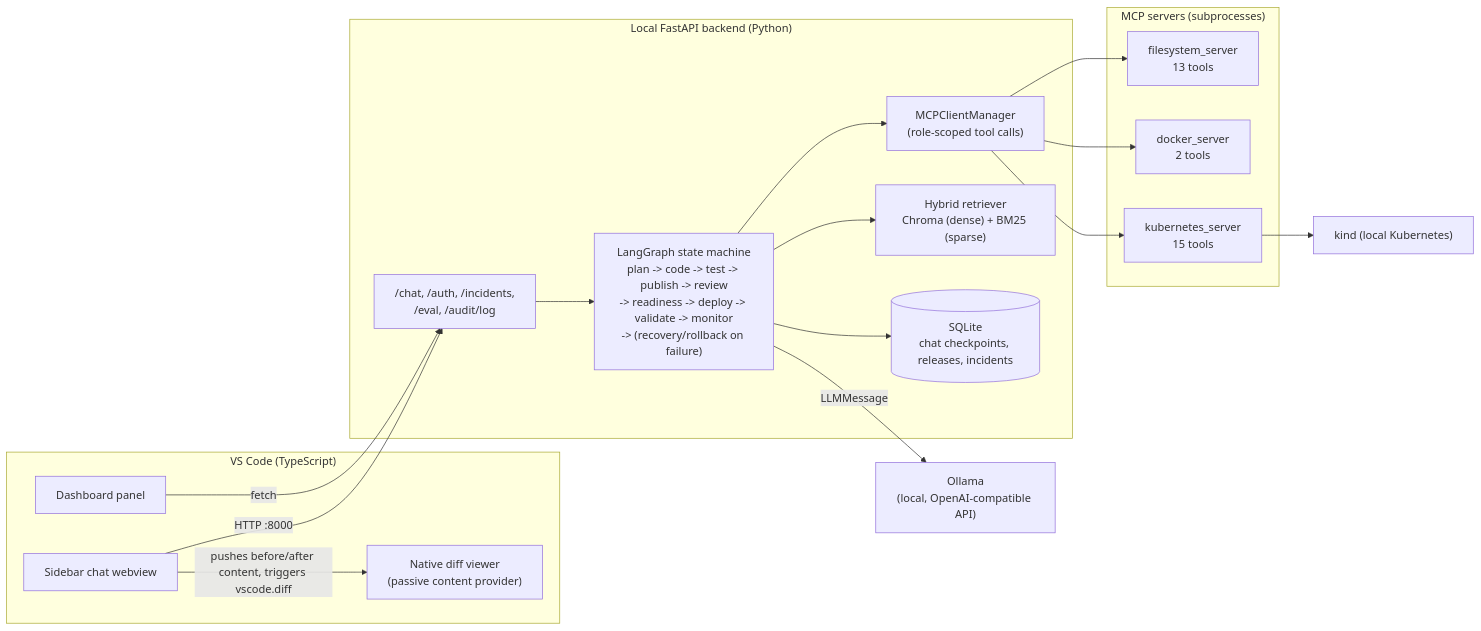
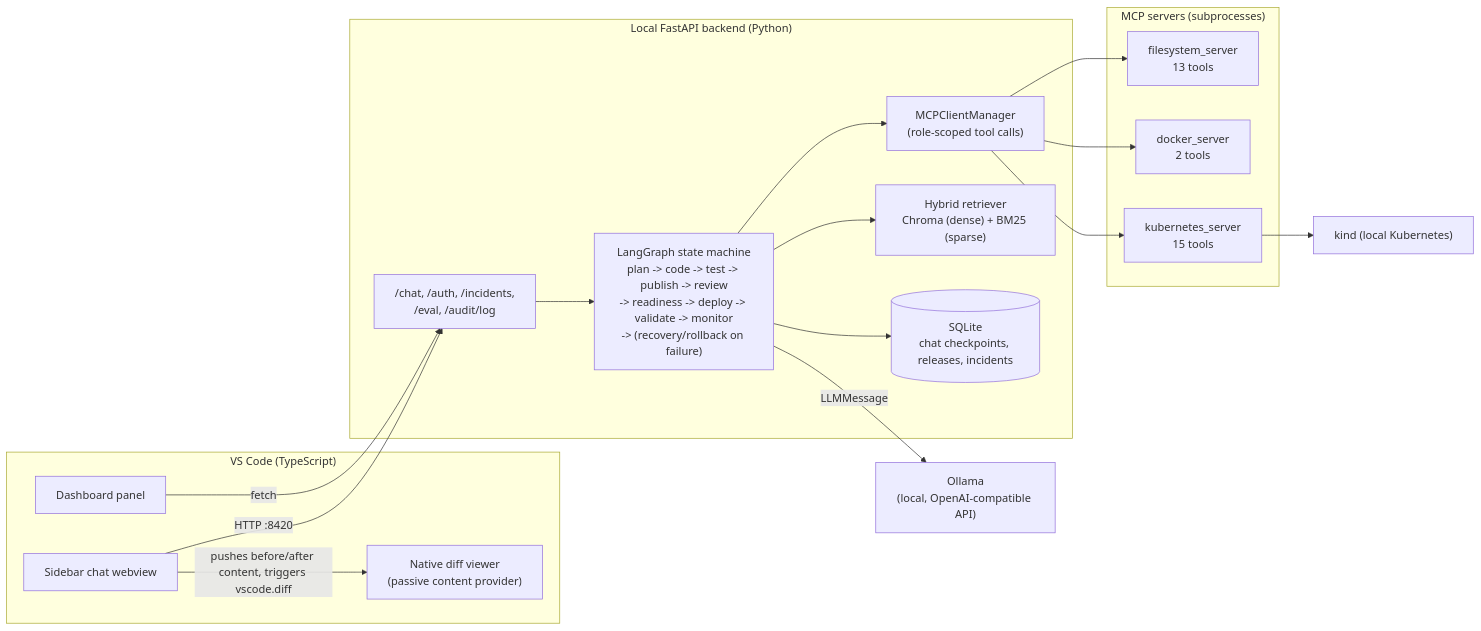
The diagram in README.md (111satwika/ReleaseForge-AI), drawn with Mermaid before and after one commit.

Commit message:
Fix: README architecture diagram had the wrong backend port
Said :8000 — the real default, confirmed directly in
extension/src/backendManager.ts (new URL(backendUrl).port || '8420'),
is 8420. Found while writing an artifact explaining component
communication and double-checking the real port before stating it.

````diff
--- a/README.md
+++ b/README.md
@@ -38,38 +38,38 @@
 ```mermaid
 flowchart LR
     subgraph Editor["VS Code (TypeScript)"]
         Chat["Sidebar chat webview"]
         Diff["Native diff viewer\n(passive content provider)"]
         Dash["Dashboard panel"]
     end
 
     subgraph Backend["Local FastAPI backend (Python)"]
         API["/chat, /auth, /incidents,\n/eval, /audit/log"]
         Graph["LangGraph state machine\nplan -> code -> test -> publish -> review\n-> readiness -> deploy -> validate -> monitor\n-> (recovery/rollback on failure)"]
         MCP["MCPClientManager\n(role-scoped tool calls)"]
         RAG["Hybrid retriever\nChroma (dense) + BM25 (sparse)"]
         DB[("SQLite\nchat checkpoints, releases, incidents")]
     end
 
     subgraph Tools["MCP servers (subprocesses)"]
         FS["filesystem_server\n13 tools"]
         DK["docker_server\n2 tools"]
         K8S["kubernetes_server\n15 tools"]
     end
 
     LLM["Ollama\n(local, OpenAI-compatible API)"]
     Cluster["kind (local Kubernetes)"]
 
-    Chat -- HTTP :8000 --> API
+    Chat -- HTTP :8420 --> API
     API --> Graph
     Graph --> MCP
     Graph --> RAG
     Graph --> DB
     Graph -- LLMMessage --> LLM
     MCP --> FS
     MCP --> DK
     MCP --> K8S
     K8S --> Cluster
     Chat -- pushes before/after content, triggers vscode.diff --> Diff
     Dash -- fetch --> API
 ```
````
